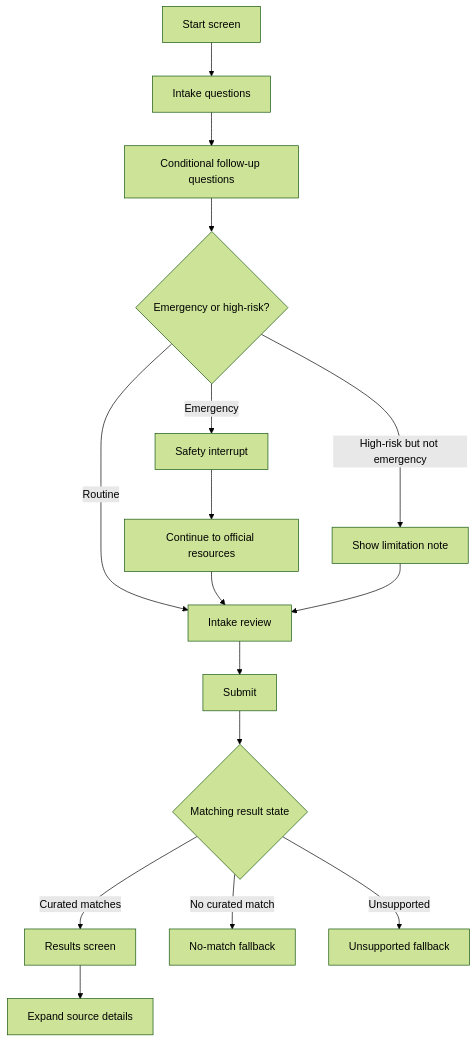
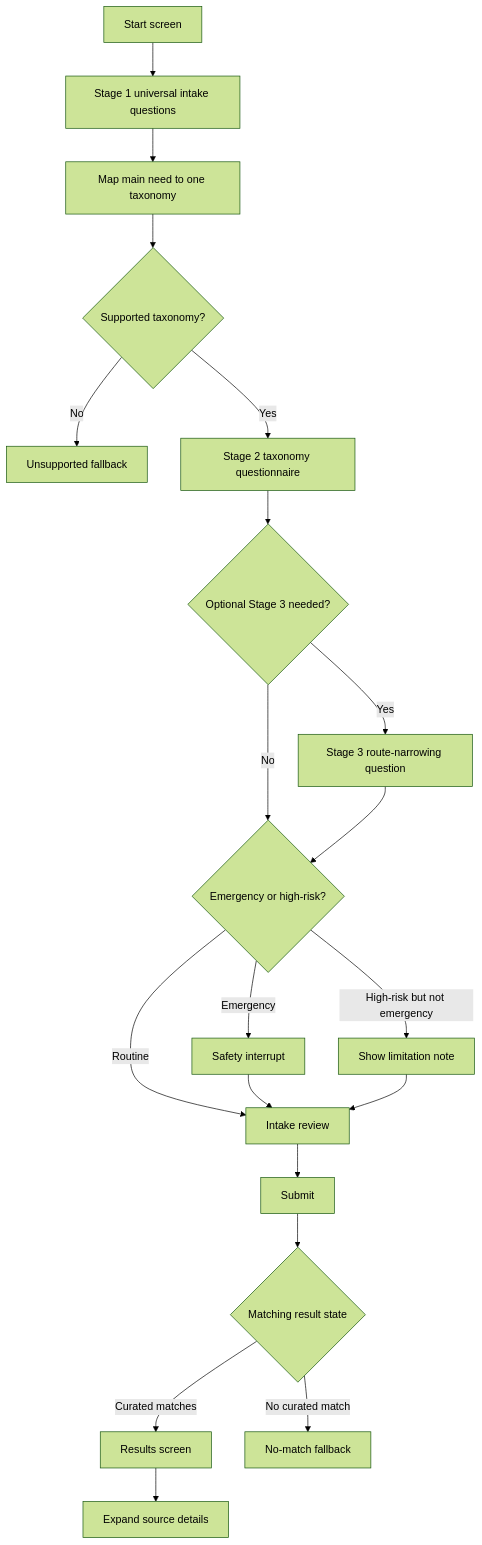
Before and after one commit to AbdelazizAhmed314/McGill-Care-Compass: the third of 4 diagrams in docs/project/User-Journey-and-Prototype-Response-Format.md, drawn with Mermaid (forest theme). The commit also changed other lines of this file, not shown here.

````diff
--- a/docs/project/User-Journey-and-Prototype-Response-Format.md
+++ b/docs/project/User-Journey-and-Prototype-Response-Format.md
@@ -333,18 +646,22 @@
 ```mermaid
 flowchart TD
-    A[Start screen] --> B[Intake questions]
-    B --> C[Conditional follow-up questions]
-    C --> D{Emergency or high-risk?}
-    D -->|Emergency| E[Safety interrupt]
-    E --> F[Continue to official resources]
-    D -->|High-risk but not emergency| G[Show limitation note]
-    D -->|Routine| H[Intake review]
-    F --> H
-    G --> H
-    H --> I[Submit]
-    I --> J{Matching result state}
-    J -->|Curated matches| K[Results screen]
-    J -->|No curated match| L[No-match fallback]
-    J -->|Unsupported| M[Unsupported fallback]
-    K --> N[Expand source details]
+    A[Start screen] --> B[Stage 1 universal intake questions]
+    B --> C[Map main need to one taxonomy]
+    C --> D{Supported taxonomy?}
+    D -->|No| E[Unsupported fallback]
+    D -->|Yes| F[Stage 2 taxonomy questionnaire]
+    F --> F2{Optional Stage 3 needed?}
+    F2 -->|Yes| F3[Stage 3 route-narrowing question]
+    F2 -->|No| G{Emergency or high-risk?}
+    F3 --> G
+    G -->|Emergency| H[Safety interrupt]
+    G -->|High-risk but not emergency| I[Show limitation note]
+    G -->|Routine| J[Intake review]
+    H --> J
+    I --> J
+    J --> K[Submit]
+    K --> L{Matching result state}
+    L -->|Curated matches| M[Results screen]
+    L -->|No curated match| N[No-match fallback]
+    M --> O[Expand source details]
 ```
````
